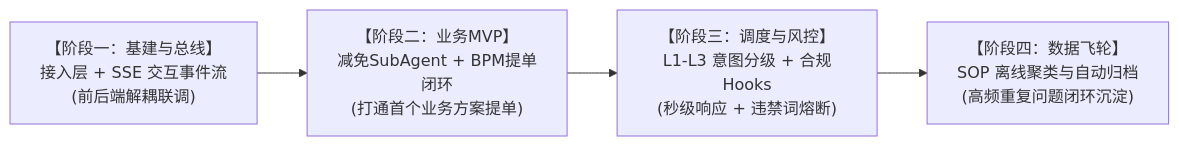
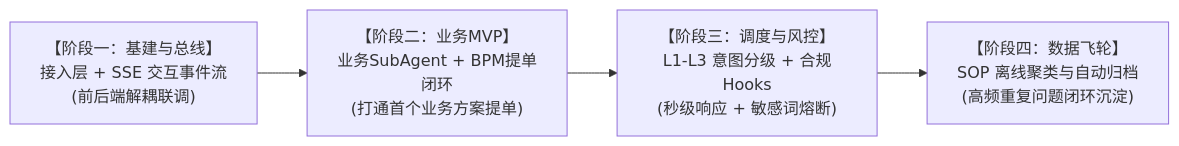
One commit to 1264585648/spring-ai-agentflow changed the fifth of 5 diagrams in docs/01-系统架构全景与实施规划.md. Above: the diagram before and after it, drawn with Mermaid. The commit also changed other lines of this file and 31 other files, not shown here.

````diff
--- a/docs/01-系统架构全景与实施规划.md
+++ b/docs/01-系统架构全景与实施规划.md
@@ -361,7 +361,7 @@
 ```mermaid
 flowchart LR
     Step1["【阶段一：基建与总线】<br/>接入层 + SSE 交互事件流<br/>(前后端解耦联调)"]
-    --> Step2["【阶段二：业务MVP】<br/>减免SubAgent + BPM提单闭环<br/>(打通首个业务方案提单)"]
-    --> Step3["【阶段三：调度与风控】<br/>L1-L3 意图分级 + 合规Hooks<br/>(秒级响应 + 违禁词熔断)"]
+    --> Step2["【阶段二：业务MVP】<br/>业务SubAgent + BPM提单闭环<br/>(打通首个业务方案提单)"]
+    --> Step3["【阶段三：调度与风控】<br/>L1-L3 意图分级 + 合规Hooks<br/>(秒级响应 + 敏感词熔断)"]
     --> Step4["【阶段四：数据飞轮】<br/>SOP 离线聚类与自动归档<br/>(高频重复问题闭环沉淀)"]
 ```
````
